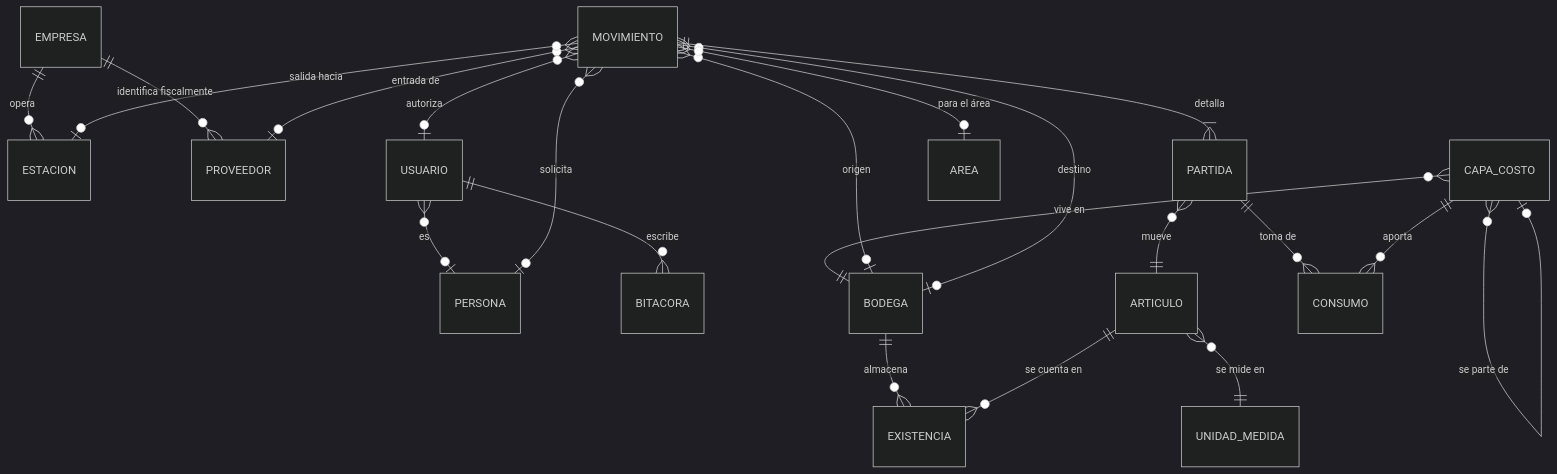
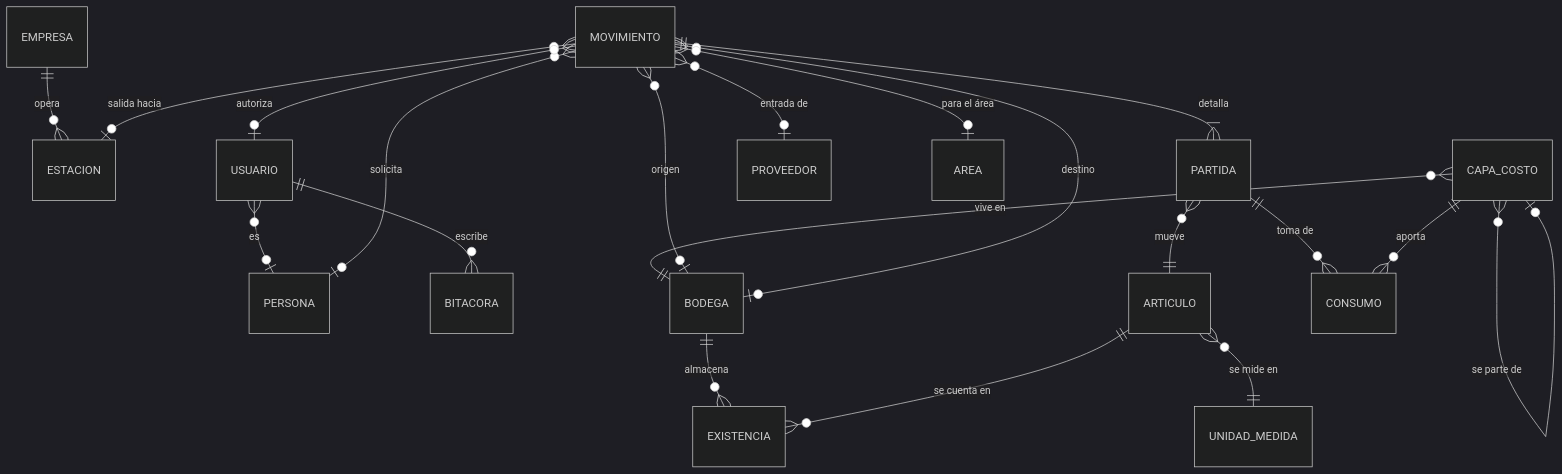
Before and after one commit to callmejazzz/BodeGasosur: the diagram in docs/02-modelo-de-datos.md, drawn with Mermaid (dark theme). The commit also changed other lines of this file and 36 other files, not shown here.

````diff
--- a/docs/02-modelo-de-datos.md
+++ b/docs/02-modelo-de-datos.md
@@ -16,27 +16,26 @@
 ```mermaid
 erDiagram
     EMPRESA     ||--o{ ESTACION  : "opera"
-    EMPRESA     ||--o{ PROVEEDOR : "identifica fiscalmente"
 
     USUARIO     }o--o| PERSONA   : "es"
     USUARIO     ||--o{ BITACORA  : "escribe"
 
     BODEGA      ||--o{ EXISTENCIA : "almacena"
     ARTICULO    ||--o{ EXISTENCIA : "se cuenta en"
     ARTICULO    }o--|| UNIDAD_MEDIDA : "se mide en"
 
     MOVIMIENTO  ||--|{ PARTIDA   : "detalla"
     PARTIDA     }o--|| ARTICULO   : "mueve"
     PARTIDA     ||--o{ CONSUMO    : "toma de"
     CAPA_COSTO  ||--o{ CONSUMO    : "aporta"
     CAPA_COSTO  }o--o| CAPA_COSTO : "se parte de"
     CAPA_COSTO  }o--|| BODEGA     : "vive en"
 
     MOVIMIENTO  }o--o| BODEGA    : "origen"
     MOVIMIENTO  }o--o| BODEGA    : "destino"
     MOVIMIENTO  }o--o| PROVEEDOR : "entrada de"
     MOVIMIENTO  }o--o| ESTACION  : "salida hacia"
     MOVIMIENTO  }o--o| AREA      : "para el área"
     MOVIMIENTO  }o--o| PERSONA   : "solicita"
     MOVIMIENTO  }o--o| USUARIO   : "autoriza"
 ```
````
